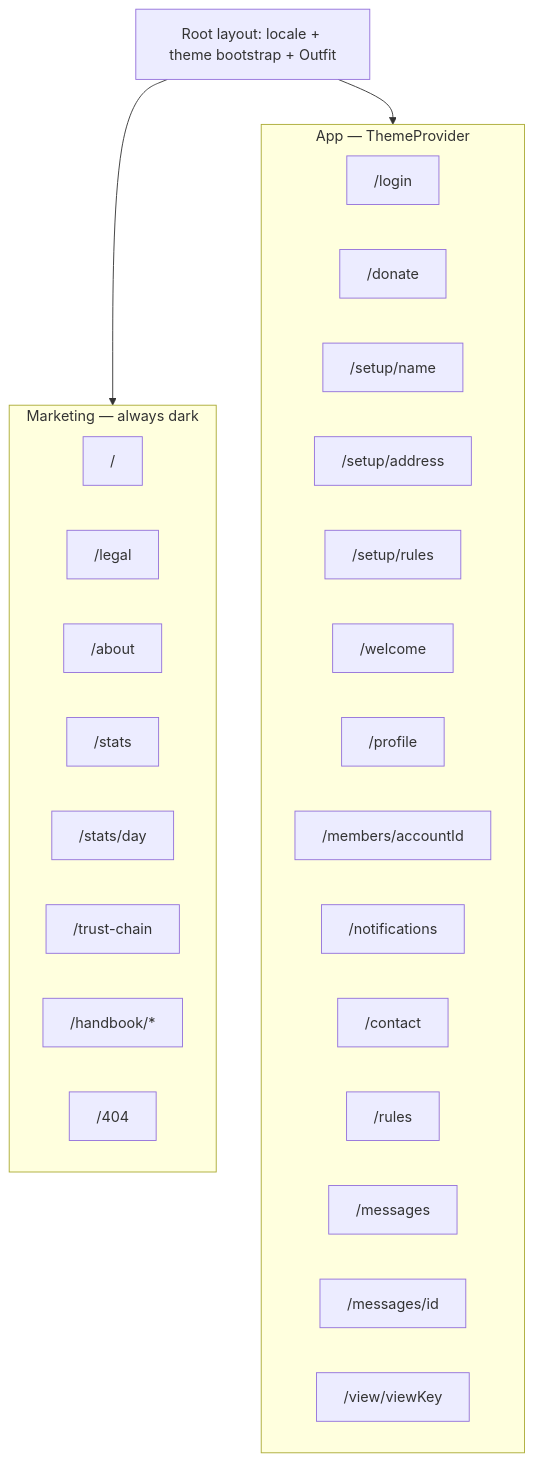
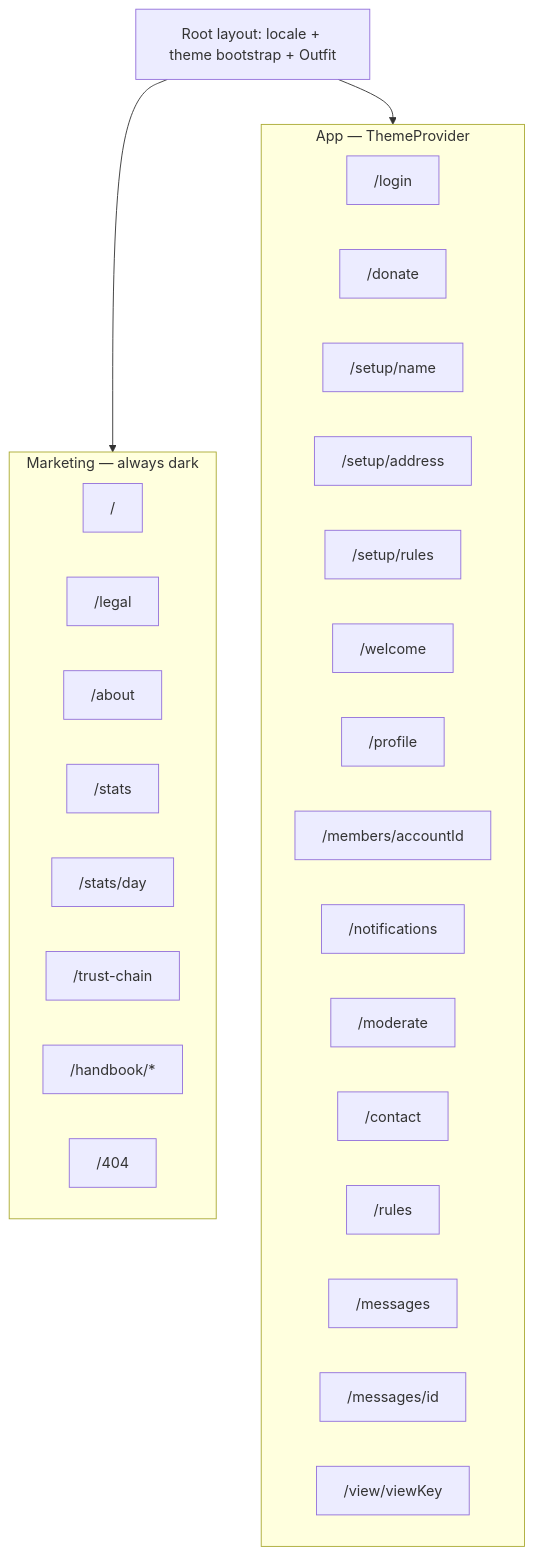
The second of 3 diagrams in docs/ui.md (21gifts/app), drawn with Mermaid before and after one commit. The commit also changed other lines of this file and 4 other files, not shown here.

````diff
--- a/docs/ui.md
+++ b/docs/ui.md
@@ -336,32 +336,33 @@
 ```mermaid
 flowchart TB
   subgraph mkt [Marketing — always dark]
     R["/"]
     L["/legal"]
     A["/about"]
     S["/stats"]
     SD["/stats/day"]
     TC["/trust-chain"]
     H["/handbook/*"]
     F["/404"]
   end
   subgraph app [App — ThemeProvider]
     LI["/login"]
     DO["/donate"]
     SN["/setup/name"]
     SA["/setup/address"]
     SR["/setup/rules"]
     W["/welcome"]
     P["/profile"]
     MEM["/members/accountId"]
     N["/notifications"]
+    MO["/moderate"]
     C["/contact"]
     RU["/rules"]
     IN["/messages"]
     MID["/messages/id"]
     V["/view/viewKey"]
   end
   root[Root layout: locale + theme bootstrap + Outfit]
   root --> mkt
   root --> app
 ```
````
